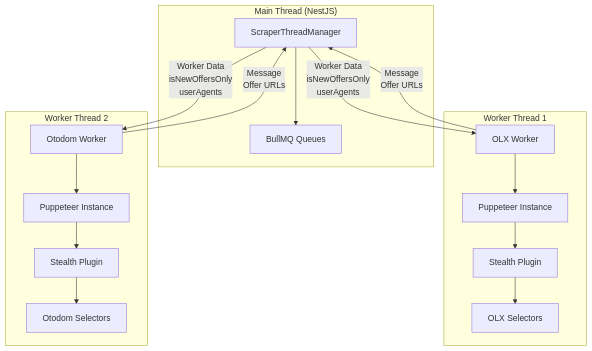
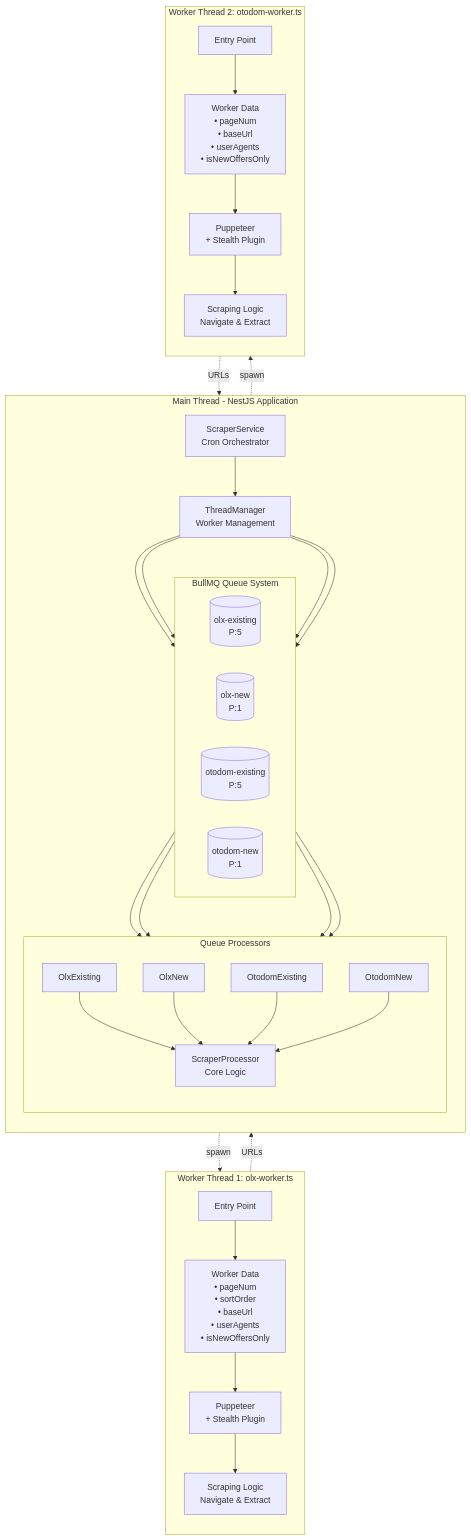
Before and after one commit to Mieszkaniownik/mieszkaniownik: the sixth of 8 diagrams in README.md, drawn with Mermaid. The commit also changed other lines of this file and 2 other files, not shown here.

````diff
--- a/README.md
+++ b/README.md
@@ -352,37 +379,73 @@
 ```mermaid
 graph TB
-    subgraph "Main Thread (NestJS)"
-        STM[ScraperThreadManager]
-        QUEUES[BullMQ Queues]
+    subgraph MAIN["Main Thread - NestJS Application"]
+        direction TB
+        SS[ScraperService<br/>Cron Orchestrator]
+        STM[ThreadManager<br/>Worker Management]
+
+        SS --> STM
+
+        subgraph QUEUES["BullMQ Queue System"]
+            direction LR
+            OEQ[(olx-existing<br/>P:5)]
+            ONQ[(olx-new<br/>P:1)]
+            OTEQ[(otodom-existing<br/>P:5)]
+            OTNQ[(otodom-new<br/>P:1)]
+        end
+
+        subgraph PROC["Queue Processors"]
+            direction TB
+            OEP[OlxExisting]
+            ONP[OlxNew]
+            OTEP[OtodomExisting]
+            OTNP[OtodomNew]
+            SP[ScraperProcessor<br/>Core Logic]
+
+            OEP --> SP
+            ONP --> SP
+            OTEP --> SP
+            OTNP --> SP
+        end
     end
 
-    subgraph "Worker Thread 1"
-        EOW_MAIN[OLX Worker]
-        EOW_PUPPETEER[Puppeteer Instance]
-        EOW_STEALTH[Stealth Plugin]
-        EOW_SELECTORS[OLX Selectors]
+    subgraph WT1["Worker Thread 1: olx-worker.ts"]
+        direction TB
+        OW[Entry Point]
+        OW_DATA[Worker Data<br/>• pageNum<br/>• sortOrder<br/>• baseUrl<br/>• userAgents<br/>• isNewOffersOnly]
+        OW_PUPPET[Puppeteer<br/>+ Stealth Plugin]
+        OW_LOGIC[Scraping Logic<br/>Navigate & Extract]
+
+        OW --> OW_DATA
+        OW_DATA --> OW_PUPPET
+        OW_PUPPET --> OW_LOGIC
     end
 
-    subgraph "Worker Thread 2"
-        EOTW_MAIN[Otodom Worker]
-        EOTW_PUPPETEER[Puppeteer Instance]
-        EOTW_STEALTH[Stealth Plugin]
-        EOTW_SELECTORS[Otodom Selectors]
+    subgraph WT2["Worker Thread 2: otodom-worker.ts"]
+        direction TB
+        OTW[Entry Point]
+        OTW_DATA[Worker Data<br/>• pageNum<br/>• baseUrl<br/>• userAgents<br/>• isNewOffersOnly]
+        OTW_PUPPET[Puppeteer<br/>+ Stealth Plugin]
+        OTW_LOGIC[Scraping Logic<br/>Navigate & Extract]
+
+        OTW --> OTW_DATA
+        OTW_DATA --> OTW_PUPPET
+        OTW_PUPPET --> OTW_LOGIC
     end
 
-    STM -->|Worker Data<br/>isNewOffersOnly<br/>userAgents| EOW_MAIN
-    STM -->|Worker Data<br/>isNewOffersOnly<br/>userAgents| EOTW_MAIN
+    %% Main Thread spawns Workers
+    STM -.->|spawn| OW
+    STM -.->|spawn| OTW
 
-    EOW_MAIN --> EOW_PUPPETEER
-    EOW_PUPPETEER --> EOW_STEALTH
-    EOW_STEALTH --> EOW_SELECTORS
+    %% Workers return to Main Thread
+    OW_LOGIC -.->|URLs| STM
+    OTW_LOGIC -.->|URLs| STM
 
-    EOTW_MAIN --> EOTW_PUPPETEER
-    EOTW_PUPPETEER --> EOTW_STEALTH
-    EOTW_STEALTH --> EOTW_SELECTORS
+    %% Main Thread queues URLs
+    STM --> OEQ & ONQ & OTEQ & OTNQ
 
-    EOW_MAIN -->|Message<br/>Offer URLs| STM
-    EOTW_MAIN -->|Message<br/>Offer URLs| STM
-
-        STM --> QUEUES
+    %% Queues to Processors
+    OEQ --> OEP
+    ONQ --> ONP
+    OTEQ --> OTEP
+    OTNQ --> OTNP
 ```
````
